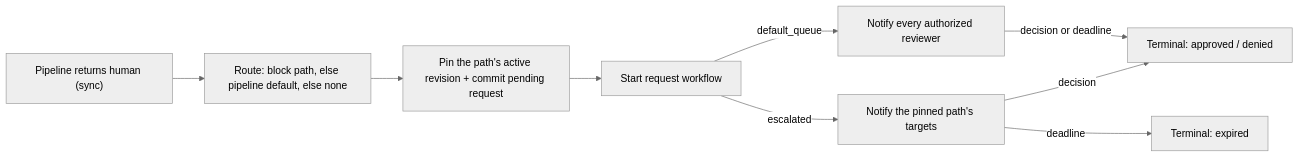
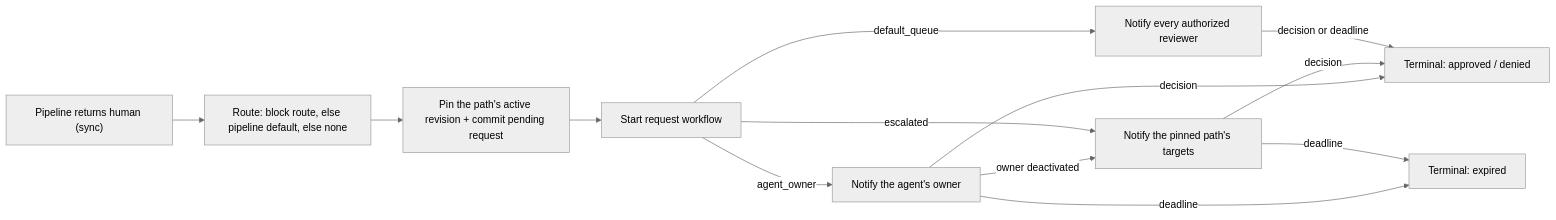
The diagram in docs/design/06-routing-and-escalation.md (Yaakovyitzchak1231/withHuman), drawn with Mermaid (neutral theme) before and after one commit. The commit also changed other lines of this file and 98 other files, not shown here.

````diff
--- a/docs/design/06-routing-and-escalation.md
+++ b/docs/design/06-routing-and-escalation.md
@@ -66,11 +77,15 @@
 ```mermaid
 flowchart LR
-    A["Pipeline returns human (sync)"] --> B["Route: block path, else pipeline default, else none"]
+    A["Pipeline returns human (sync)"] --> B["Route: block route, else pipeline default, else none"]
     B --> C["Pin the path's active revision + commit pending request"]
     C --> D["Start request workflow"]
+    D -->|"agent_owner"| O["Notify the agent's owner"]
+    O -->|"owner deactivated"| E
     D -->|"escalated"| E["Notify the pinned path's targets"]
     D -->|"default_queue"| F["Notify every authorized reviewer"]
+    O -->|"decision"| G
+    O -->|"deadline"| H
     E -->|"decision"| G["Terminal: approved / denied"]
     E -->|"deadline"| H["Terminal: expired"]
     F -->|"decision or deadline"| G
 ```
````
